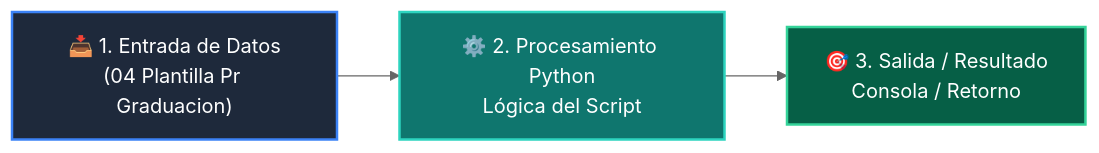
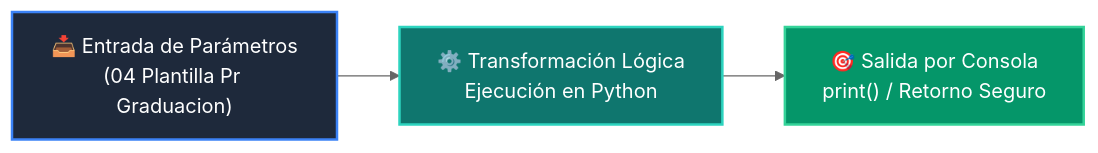
Before and after one commit to wisrovi/wisrovi-python: the diagram in 04-proyecto-final/clase-08-despliegue-cicd-portafolio/ejemplos/ejemplo_04_plantilla_pr_graduacion/README.md, drawn with Mermaid (neutral theme). The commit also changed other lines of this file and 226 other files, not shown here.

Commit message:
docs: elevate all repository READMEs to world-class mastery standard with rich pedagogical architecture, custom Mermaids, and professional styling

````diff
--- a/04-proyecto-final/clase-08-despliegue-cicd-portafolio/ejemplos/ejemplo_04_plantilla_pr_graduacion/README.md
+++ b/04-proyecto-final/clase-08-despliegue-cicd-portafolio/ejemplos/ejemplo_04_plantilla_pr_graduacion/README.md
@@ -12,9 +19,9 @@
 ```mermaid
 flowchart LR
-    A["📥 1. Entrada de Datos<br/>(04 Plantilla Pr Graduacion)"] --> B["⚙️ 2. Procesamiento Python<br/>Lógica del Script"]
-    B --> C["🎯 3. Salida / Resultado<br/>Consola / Retorno"]
+    A["📥 Entrada de Parámetros<br/>(04 Plantilla Pr Graduacion)"] --> B["⚙️ Transformación Lógica<br/>Ejecución en Python"]
+    B --> C["🎯 Salida por Consola<br/>print() / Retorno Seguro"]
 
-    style A fill:#1e293b,color:#fff,stroke:#3b82f6,stroke-width:2px
-    style B fill:#0f766e,color:#fff,stroke:#2dd4bf,stroke-width:2px
-    style C fill:#065f46,color:#fff,stroke:#34d399,stroke-width:2px
+    style A fill:#1e293b,color:#ffffff,stroke:#3b82f6,stroke-width:2px
+    style B fill:#0f766e,color:#ffffff,stroke:#2dd4bf,stroke-width:2px
+    style C fill:#059669,color:#ffffff,stroke:#34d399,stroke-width:2px
 ```
````
